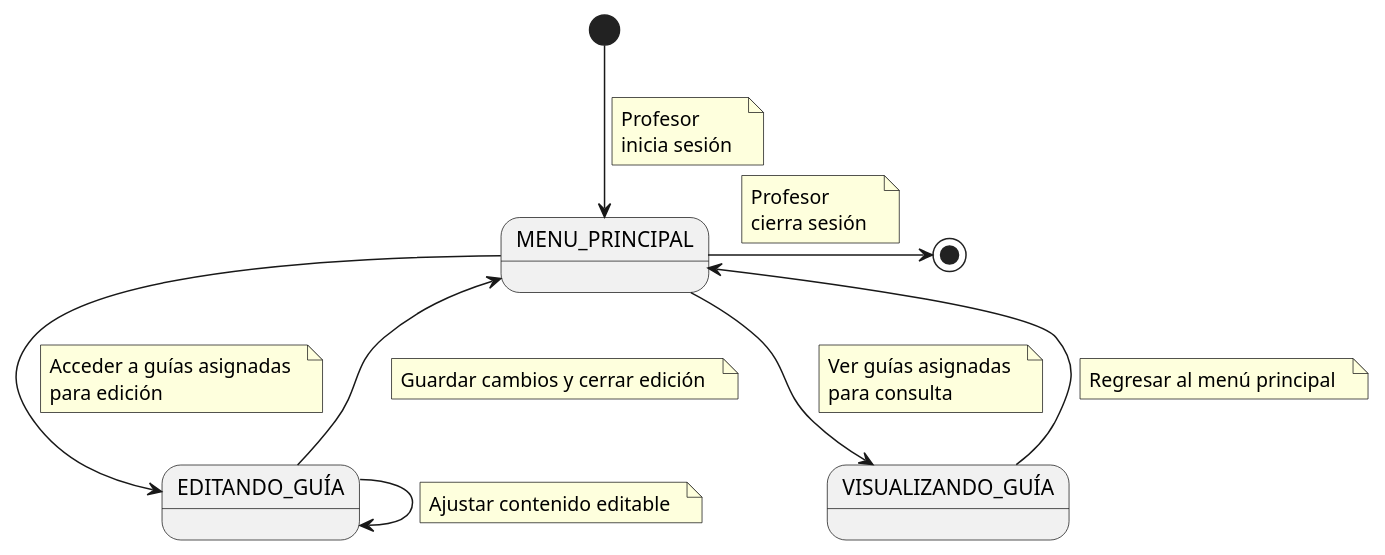
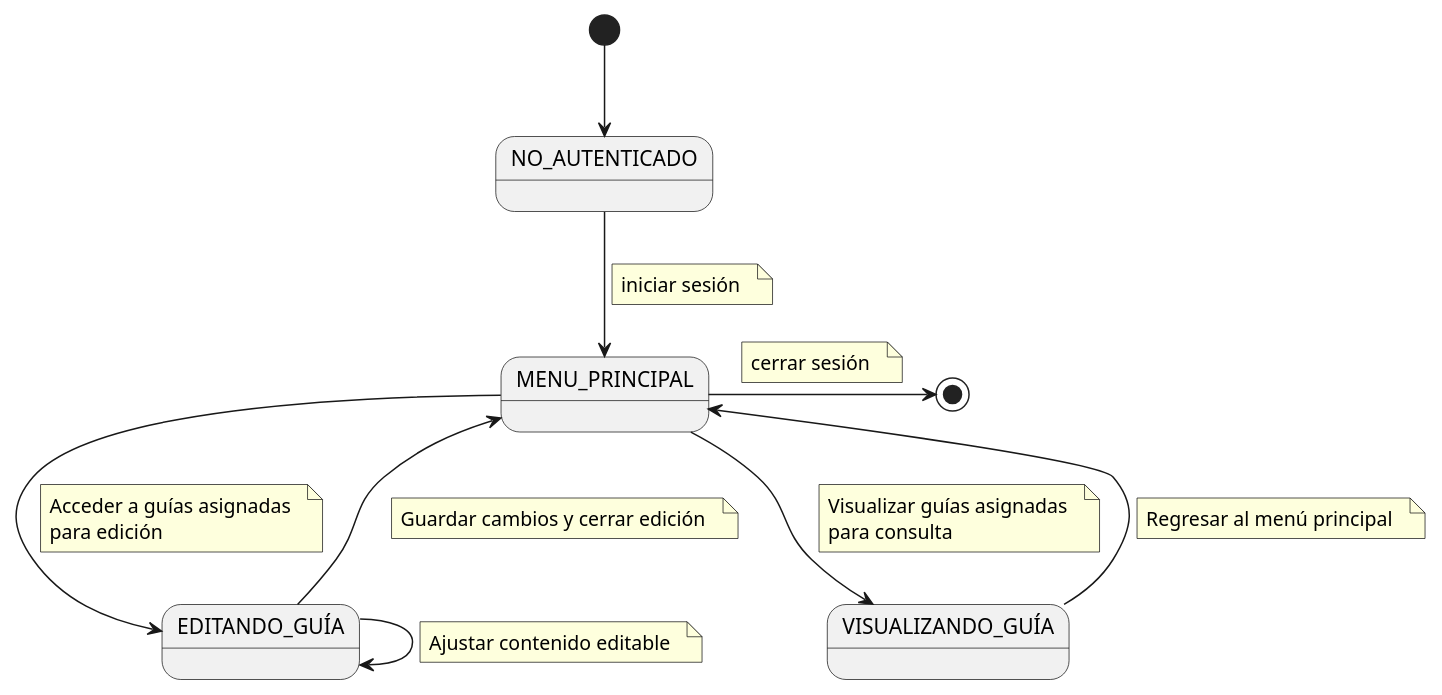
One commit to mmasias/24-25-IdSw1-SDR changed the diagram in CasosDeUso/diagramaDeContexto/DiagramaDeContextoProfesor.puml. Above: the diagram before and after it, drawn with PlantUML.

Commit message:
Update DiagramaDeContextoProfesor.puml
- Agregar login auth state y arreglar formulación de verbos para que esten termiados en -ar -er

```diff
--- a/CasosDeUso/diagramaDeContexto/DiagramaDeContextoProfesor.puml
+++ b/CasosDeUso/diagramaDeContexto/DiagramaDeContextoProfesor.puml
@@ -1,45 +1,46 @@
 @startuml diagramaContextoProfesor  
+state "NO_AUTENTICADO" as NoAutenticado
 state "MENU_PRINCIPAL" as MenuPrincipal  
 state "EDITANDO_GUÍA" as EditandoGuia  
 state "VISUALIZANDO_GUÍA" as VisualizandoGuia  
 
-[*] --> MenuPrincipal  
-    note on link  
-        Profesor  
-        inicia sesión  
+[*] --> NoAutenticado   
+    
+NoAutenticado --> MenuPrincipal
+note on link  
+        iniciar sesión  
     end note  
 
 MenuPrincipal -> [*]  
     note on link  
-        Profesor  
-        cierra sesión  
+        cerrar sesión  
     end note  
 
 MenuPrincipal --> VisualizandoGuia  
     note on link  
-        Ver guías asignadas  
+        Visualizar guías asignadas  
         para consulta  
     end note  
 
 VisualizandoGuia --> MenuPrincipal  
     note on link  
         Regresar al menú principal  
     end note  
 
 MenuPrincipal --> EditandoGuia  
     note on link  
         Acceder a guías asignadas  
         para edición  
     end note  
 
 EditandoGuia --> EditandoGuia  
     note on link  
         Ajustar contenido editable  
     end note  
 
 EditandoGuia --> MenuPrincipal  
     note on link  
         Guardar cambios y cerrar edición  
     end note  
 
 @enduml  
```
